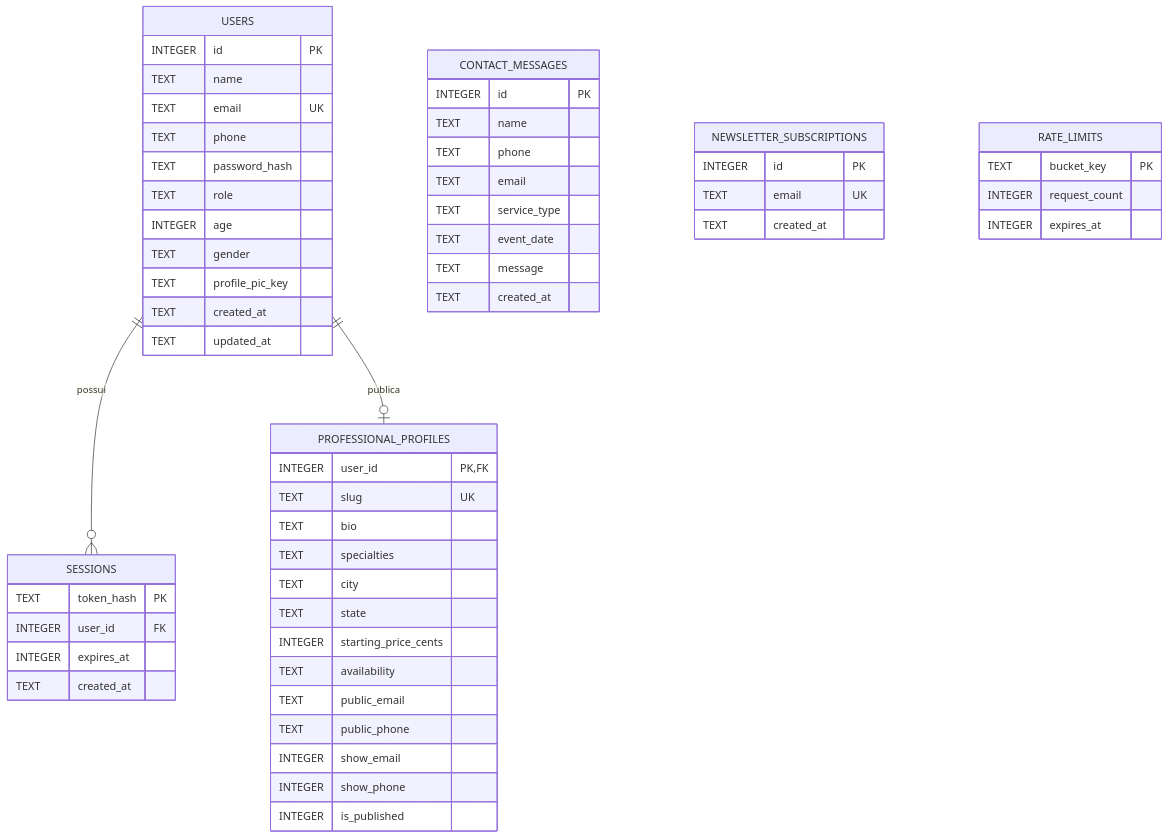
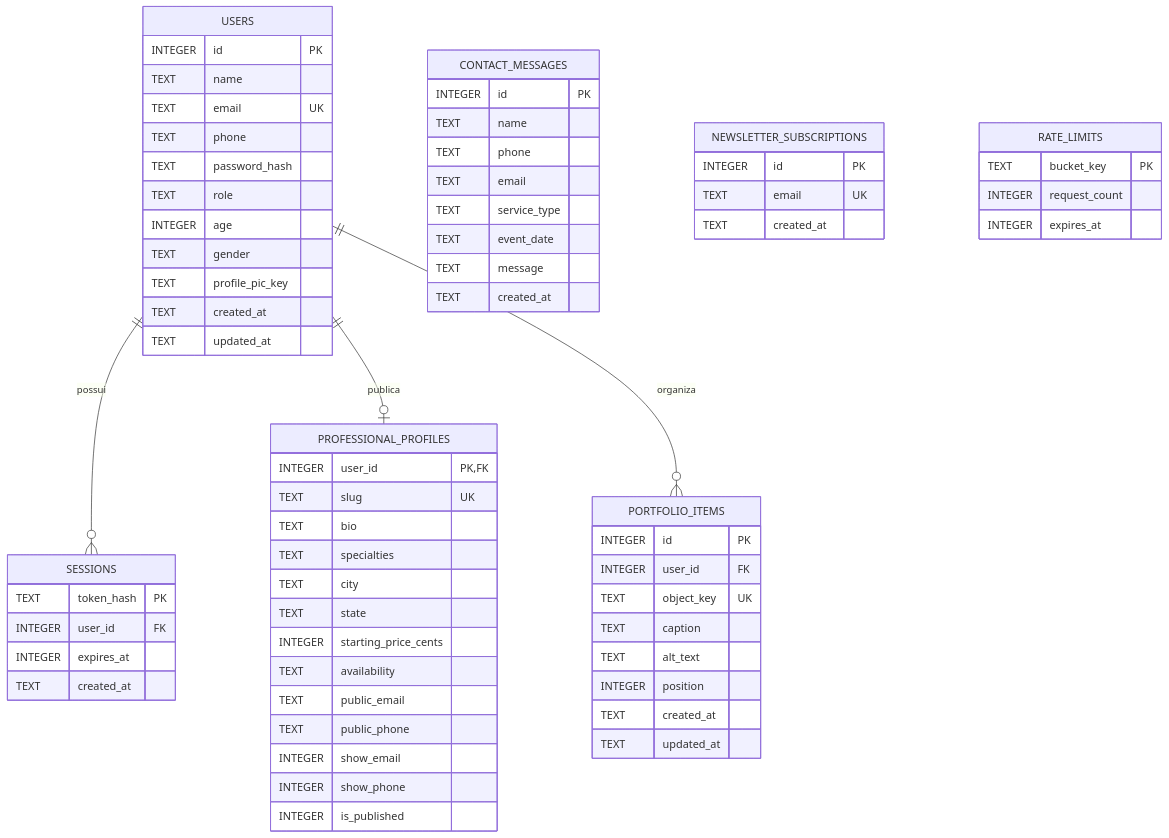
One commit to Renato1909/LensClick changed the fourth of 6 diagrams in docs/DOCUMENTACAO_TECNICA.md. Above: the diagram before and after it, drawn with Mermaid. The commit also changed other lines of this file and 12 other files, not shown here.

````diff
--- a/docs/DOCUMENTACAO_TECNICA.md
+++ b/docs/DOCUMENTACAO_TECNICA.md
@@ -367,59 +381,70 @@
 ```mermaid
 erDiagram
     USERS ||--o{ SESSIONS : possui
     USERS ||--o| PROFESSIONAL_PROFILES : publica
+    USERS ||--o{ PORTFOLIO_ITEMS : organiza
     USERS {
         INTEGER id PK
         TEXT name
         TEXT email UK
         TEXT phone
         TEXT password_hash
         TEXT role
         INTEGER age
         TEXT gender
         TEXT profile_pic_key
         TEXT created_at
         TEXT updated_at
     }
     SESSIONS {
         TEXT token_hash PK
         INTEGER user_id FK
         INTEGER expires_at
         TEXT created_at
     }
     PROFESSIONAL_PROFILES {
         INTEGER user_id PK,FK
         TEXT slug UK
         TEXT bio
         TEXT specialties
         TEXT city
         TEXT state
         INTEGER starting_price_cents
         TEXT availability
         TEXT public_email
         TEXT public_phone
         INTEGER show_email
         INTEGER show_phone
         INTEGER is_published
     }
+    PORTFOLIO_ITEMS {
+        INTEGER id PK
+        INTEGER user_id FK
+        TEXT object_key UK
+        TEXT caption
+        TEXT alt_text
+        INTEGER position
+        TEXT created_at
+        TEXT updated_at
+    }
     CONTACT_MESSAGES {
         INTEGER id PK
         TEXT name
         TEXT phone
         TEXT email
         TEXT service_type
         TEXT event_date
         TEXT message
         TEXT created_at
     }
     NEWSLETTER_SUBSCRIPTIONS {
         INTEGER id PK
         TEXT email UK
         TEXT created_at
     }
     RATE_LIMITS {
         TEXT bucket_key PK
         INTEGER request_count
         INTEGER expires_at
     }
 ```
````
